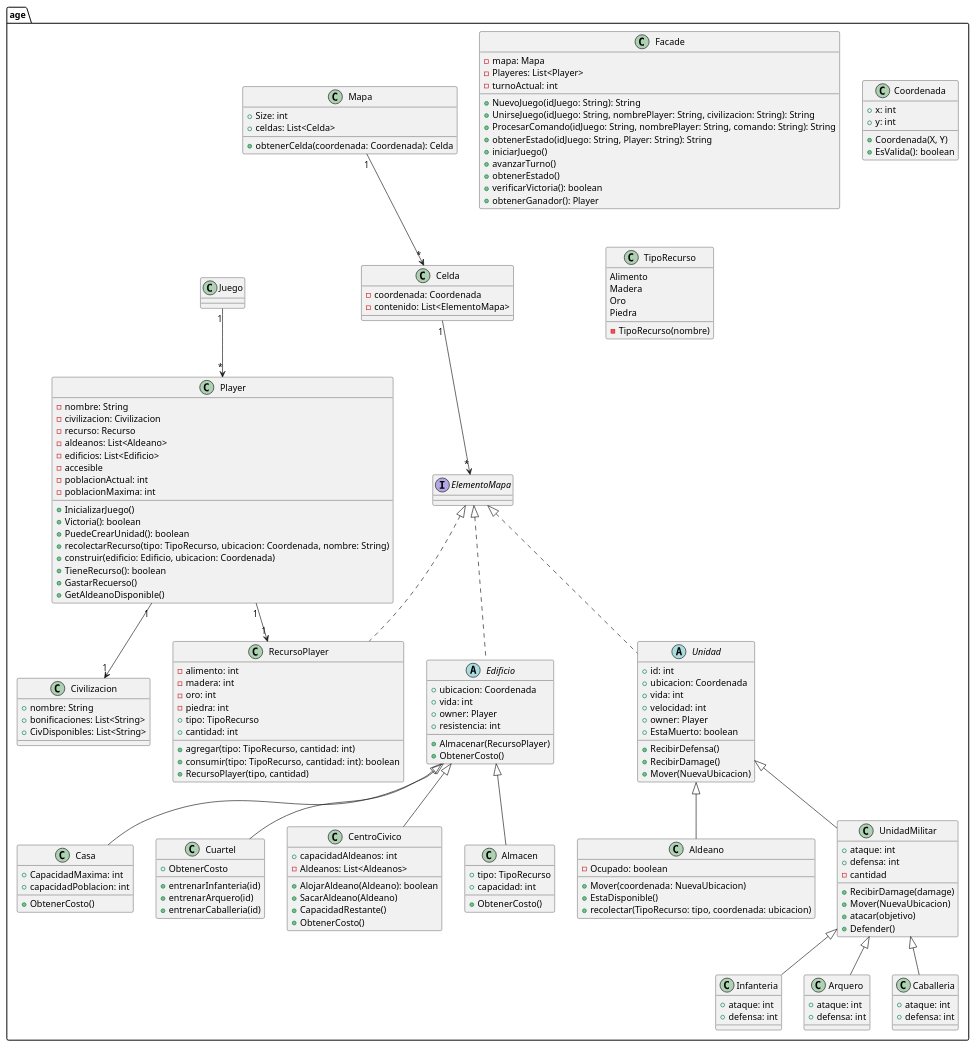
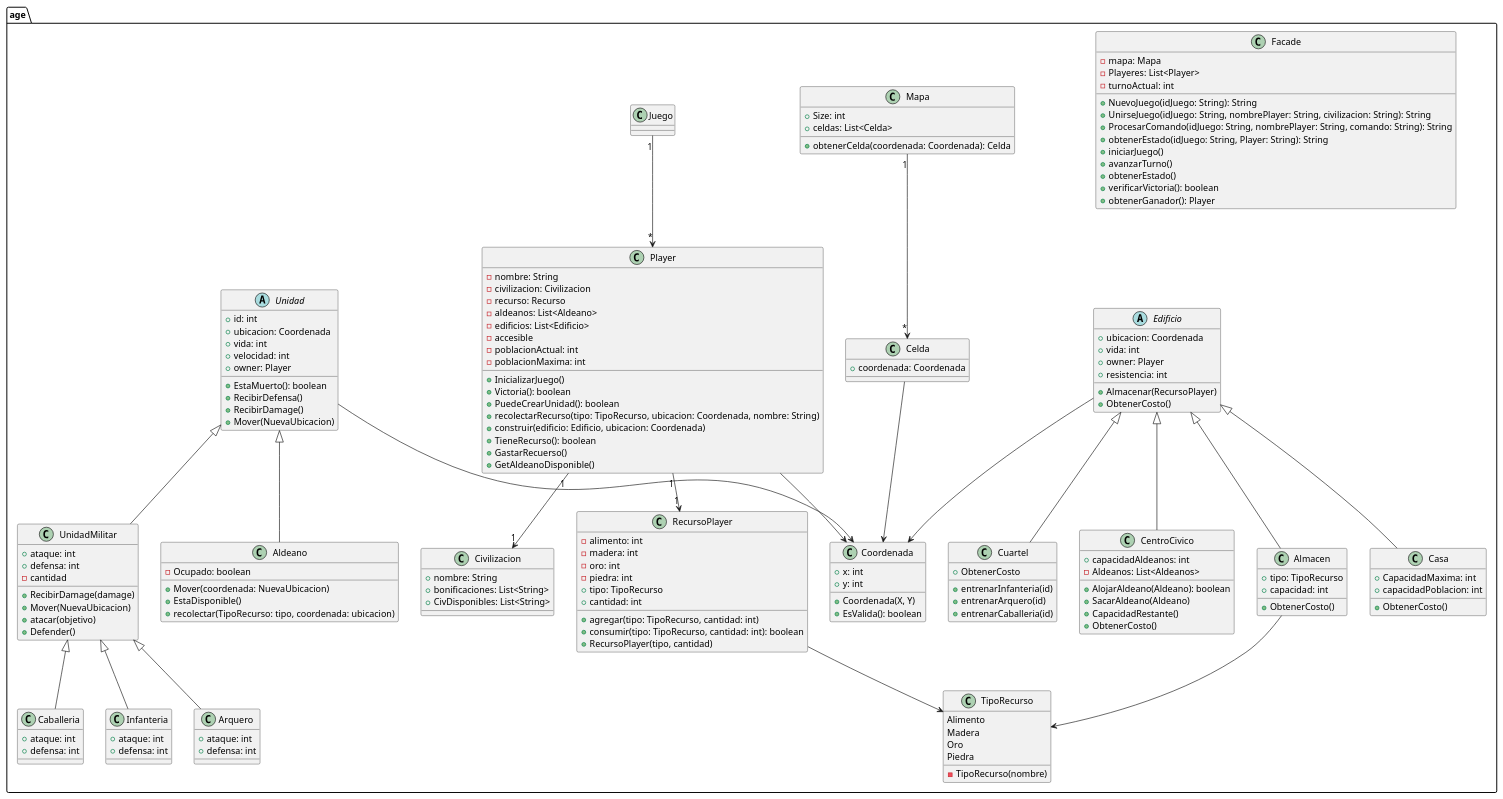
One commit to mcaetano7/proyectop22025 changed the diagram in src/diagrama.puml. Above: the diagram before and after it, drawn with PlantUML.

Commit message:
arreglos en uml

```diff
--- a/src/diagrama.puml
+++ b/src/diagrama.puml
@@ -1,178 +1,179 @@
 @startuml PIIProyecto2025
 
 
 package "age" {
 
     class Facade {
     + NuevoJuego(idJuego: String): String
     + UnirseJuego(idJuego: String, nombrePlayer: String, civilizacion: String): String
     + ProcesarComando(idJuego: String, nombrePlayer: String, comando: String): String
     + obtenerEstado(idJuego: String, Player: String): String
     - mapa: Mapa
     - Playeres: List<Player>
     - turnoActual: int
     + iniciarJuego()
     + avanzarTurno()
     + obtenerEstado()
     + verificarVictoria(): boolean
     + obtenerGanador(): Player
     }
 
     class Player {
         - nombre: String
         - civilizacion: Civilizacion
         - recurso: Recurso
         - aldeanos: List<Aldeano>
         - edificios: List<Edificio>
         - accesible
         - poblacionActual: int
         - poblacionMaxima: int
         + InicializarJuego()
         + Victoria(): boolean
         + PuedeCrearUnidad(): boolean
         + recolectarRecurso(tipo: TipoRecurso, ubicacion: Coordenada, nombre: String)
         + construir(edificio: Edificio, ubicacion: Coordenada)
         + TieneRecurso(): boolean
         + GastarRecuerso()
         + GetAldeanoDisponible()
     }
 
     class Mapa {
         + Size: int
         + celdas: List<Celda>
         + obtenerCelda(coordenada: Coordenada): Celda
     }
 
     class Celda {
-        - coordenada: Coordenada
-        - contenido: List<ElementoMapa>
+        + coordenada: Coordenada
     }
 
     class Coordenada {
         + x: int
         + y: int
         + Coordenada(X, Y)
         + EsValida(): boolean
-    }
-
-    interface ElementoMapa {
     }
 
     class TipoRecurso {
         Alimento
         Madera
         Oro
         Piedra
         - TipoRecurso(nombre)
     }
 
-    class RecursoPlayer implements ElementoMapa {
+    class RecursoPlayer {
         - alimento: int
         - madera: int
         - oro: int
         - piedra: int
         + tipo: TipoRecurso
         + cantidad: int
         + agregar(tipo: TipoRecurso, cantidad: int)
         + consumir(tipo: TipoRecurso, cantidad: int): boolean
         + RecursoPlayer(tipo, cantidad)
     }
 
     class Civilizacion {
         + nombre: String
         + bonificaciones: List<String>
         + CivDisponibles: List<String>
     }
 
-    abstract class Edificio implements ElementoMapa {
+    abstract class Edificio {
         + ubicacion: Coordenada
         + vida: int
         + owner: Player
         + resistencia: int
         + Almacenar(RecursoPlayer)
         + ObtenerCosto()
     }
 
     class CentroCivico extends Edificio {
         + capacidadAldeanos: int
         - Aldeanos: List<Aldeanos>
         + AlojarAldeano(Aldeano): boolean
         + SacarAldeano(Aldeano)
         + CapacidadRestante()
         + ObtenerCosto()
     }
 
     class Almacen extends Edificio {
         + tipo: TipoRecurso
         + capacidad: int
         + ObtenerCosto()
     }
 
     class Casa extends Edificio {
         + CapacidadMaxima: int
         + capacidadPoblacion: int
         + ObtenerCosto()
     }
 
     class Cuartel extends Edificio {  
         + entrenarInfanteria(id)
         + entrenarArquero(id)
         + entrenarCaballeria(id)
         + ObtenerCosto 
     }
 
-    abstract class Unidad implements ElementoMapa {
+    abstract class Unidad { 
         + id: int
         + ubicacion: Coordenada
         + vida: int
         + velocidad: int
         + owner: Player
-        + EstaMuerto: boolean
+        + EstaMuerto(): boolean
         + RecibirDefensa()
         + RecibirDamage()
         + Mover(NuevaUbicacion)
     }
 
     class Aldeano extends Unidad {
         - Ocupado: boolean
         + Mover(coordenada: NuevaUbicacion)
         + EstaDisponible()
         + recolectar(TipoRecurso: tipo, coordenada: ubicacion)
     }
 
     class UnidadMilitar extends Unidad {
         + ataque: int
         + defensa: int
         - cantidad
         + RecibirDamage(damage)
         + Mover(NuevaUbicacion)
         + atacar(objetivo)
         + Defender()
          
     }
 
     class Infanteria extends UnidadMilitar {
         + ataque: int 
         + defensa: int
     
     }
 
     class Arquero extends UnidadMilitar {
         + ataque: int 
         + defensa: int 
     }
 
     class Caballeria extends UnidadMilitar {
         + ataque: int 
         + defensa: int 
     }
     
+    RecursoPlayer --> TipoRecurso
+    Almacen --> TipoRecurso
+    Player --> Coordenada
+    Celda --> Coordenada
+    Unidad --> Coordenada
+    Edificio --> Coordenada
     Juego "1" --> "*" Player
     Player "1" --> "1" Civilizacion
     Player "1" --> "1" RecursoPlayer
     Mapa "1" --> "*" Celda
-    Celda "1" --> "*" ElementoMapa
 
 }
 
 @enduml
```
